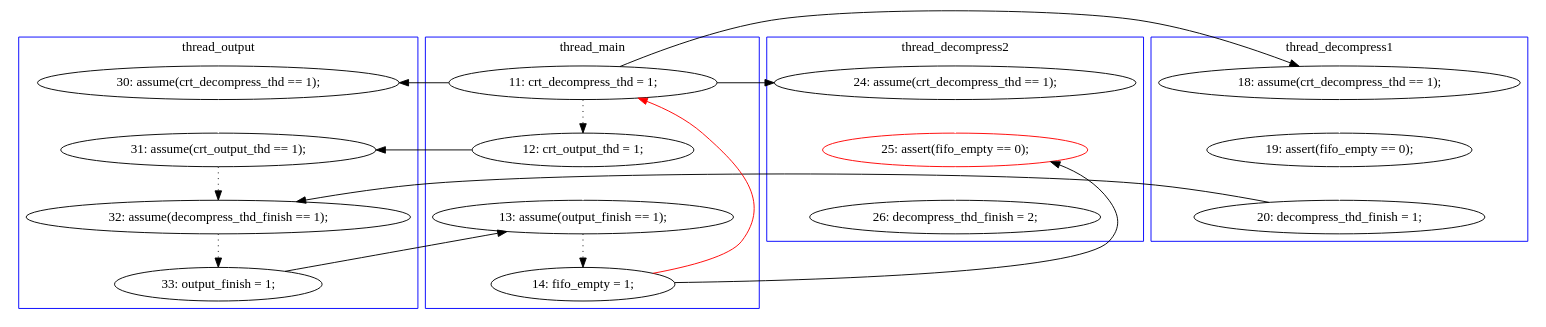
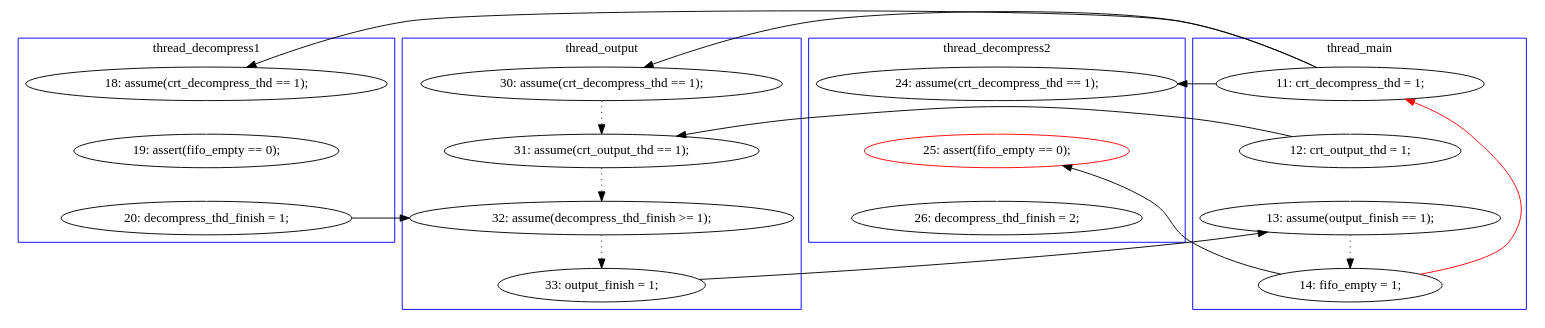
The diagram in pbzip2.mixed/B-1-graph-sol-2.dot (hylhp/cav14-model), drawn with Graphviz before and after one commit. The commit also changed 25 other files, not shown here.

```diff
--- a/pbzip2.mixed/B-1-graph-sol-2.dot
+++ b/pbzip2.mixed/B-1-graph-sol-2.dot
@@ -1,50 +1,50 @@
 digraph Counterexample {
-	25 -> 28 [color = white, style = solid]
-	20 -> 21 [color = black, style = solid, constraint = false]
-	11 -> 17 [color = white, style = solid]
-	12 -> 17 [color = black, style = solid, constraint = false]
-	9 -> 11 [color = black, style = solid, constraint = false]
-	16 -> 18 [color = white, style = solid]
-	14 -> 16 [color = white, style = solid]
-	19 -> 20 [color = black, style = dotted]
-	9 -> 12 [color = black, style = dotted]
-	23 -> 25 [color = white, style = solid]
-	9 -> 23 [color = black, style = solid, constraint = false]
-	9 -> 14 [color = black, style = solid, constraint = false]
+	12 -> 14 [color = white, style = solid]
+	23 -> 26 [color = black, style = solid, constraint = false]
+	20 -> 30 [color = white, style = solid]
+	11 -> 12 [color = black, style = solid, constraint = false]
+	18 -> 21 [color = black, style = dotted]
+	13 -> 21 [color = black, style = solid, constraint = false]
+	28 -> 11 [color = red, style = solid, constraint = false]
+	22 -> 23 [color = black, style = dotted]
+	28 -> 30 [color = black, style = solid, constraint = false]
+	14 -> 15 [color = white, style = solid]
+	30 -> 32 [color = white, style = solid]
+	13 -> 26 [color = white, style = solid]
 	21 -> 22 [color = black, style = dotted]
-	12 -> 21 [color = white, style = solid]
-	22 -> 25 [color = black, style = solid, constraint = false]
-	18 -> 19 [color = black, style = solid, constraint = false]
-	17 -> 19 [color = black, style = dotted]
-	22 -> 9 [color = red, style = solid, constraint = false]
+	26 -> 28 [color = black, style = dotted]
+	11 -> 20 [color = black, style = solid, constraint = false]
+	15 -> 22 [color = black, style = solid, constraint = false]
+	11 -> 13 [color = white, style = solid]
+	11 -> 18 [color = black, style = solid, constraint = false]
 	subgraph cluster2 {
 		label = thread_decompress1
 		color = blue
-		18  [label = "20: decompress_thd_finish = 1;"]
-		14  [label = "18: assume(crt_decompress_thd == 1);"]
-		16  [label = "19: assert(fifo_empty == 0);"]
+		12  [label = "18: assume(crt_decompress_thd == 1);"]
+		14  [label = "19: assert(fifo_empty == 0);"]
+		15  [label = "20: decompress_thd_finish = 1;"]
+	}
+	subgraph cluster4 {
+		label = thread_output
+		color = blue
+		23  [label = "33: output_finish = 1;"]
+		22  [label = "32: assume(decompress_thd_finish >= 1);"]
+		18  [label = "30: assume(crt_decompress_thd == 1);"]
+		21  [label = "31: assume(crt_output_thd == 1);"]
 	}
 	subgraph cluster3 {
 		label = thread_decompress2
 		color = blue
-		23  [label = "24: assume(crt_decompress_thd == 1);"]
-		25  [label = "25: assert(fifo_empty == 0);", color = red]
-		28  [label = "26: decompress_thd_finish = 2;"]
-	}
-	subgraph cluster4 {
-		label = thread_output
-		color = blue
-		19  [label = "32: assume(decompress_thd_finish == 1);"]
-		17  [label = "31: assume(crt_output_thd == 1);"]
-		11  [label = "30: assume(crt_decompress_thd == 1);"]
-		20  [label = "33: output_finish = 1;"]
+		20  [label = "24: assume(crt_decompress_thd == 1);"]
+		30  [label = "25: assert(fifo_empty == 0);", color = red]
+		32  [label = "26: decompress_thd_finish = 2;"]
 	}
 	subgraph cluster1 {
 		label = thread_main
 		color = blue
-		21  [label = "13: assume(output_finish == 1);"]
-		22  [label = "14: fifo_empty = 1;"]
-		9  [label = "11: crt_decompress_thd = 1;"]
-		12  [label = "12: crt_output_thd = 1;"]
+		11  [label = "11: crt_decompress_thd = 1;"]
+		13  [label = "12: crt_output_thd = 1;"]
+		26  [label = "13: assume(output_finish == 1);"]
+		28  [label = "14: fifo_empty = 1;"]
 	}
 }
```
